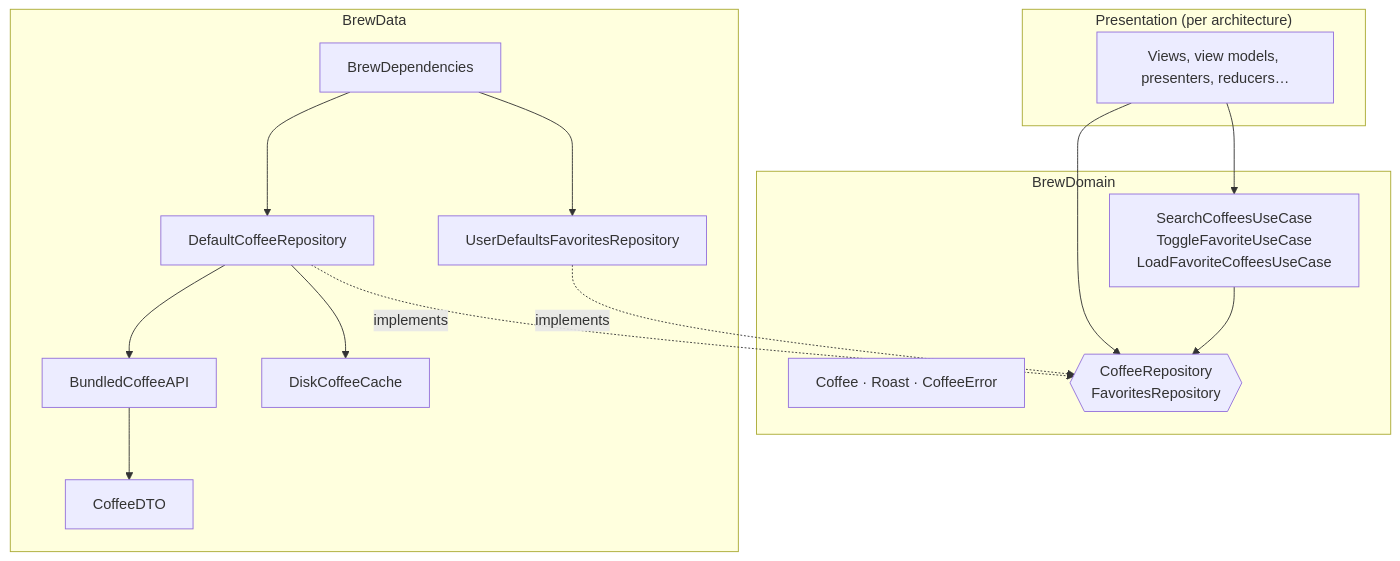
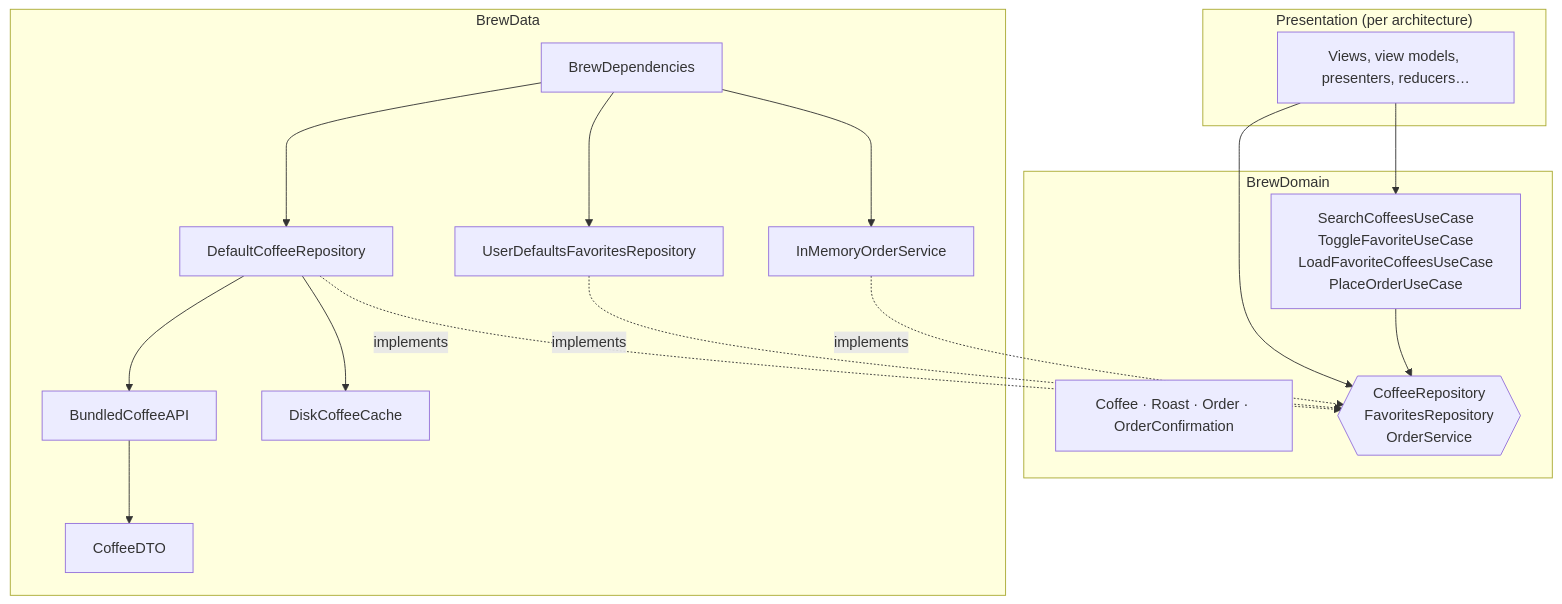
Before and after one commit to Ozgundogus/modern-ios-patterns: the diagram in Core/README.md, drawn with Mermaid. The commit also changed other lines of this file and 4 other files, not shown here.

````diff
--- a/Core/README.md
+++ b/Core/README.md
@@ -22,29 +24,32 @@
 ```mermaid
 flowchart TB
     subgraph Presentation["Presentation (per architecture)"]
         UI[Views, view models, presenters, reducers…]
     end
     subgraph Domain["BrewDomain"]
-        E[Coffee · Roast · CoffeeError]
-        UC[SearchCoffeesUseCase<br/>ToggleFavoriteUseCase<br/>LoadFavoriteCoffeesUseCase]
-        P{{CoffeeRepository<br/>FavoritesRepository}}
+        E[Coffee · Roast · Order · OrderConfirmation]
+        UC[SearchCoffeesUseCase<br/>ToggleFavoriteUseCase<br/>LoadFavoriteCoffeesUseCase<br/>PlaceOrderUseCase]
+        P{{CoffeeRepository<br/>FavoritesRepository<br/>OrderService}}
     end
     subgraph Data["BrewData"]
         R[DefaultCoffeeRepository]
         API[BundledCoffeeAPI]
         C[DiskCoffeeCache]
         F[UserDefaultsFavoritesRepository]
+        O[InMemoryOrderService]
         DTO[CoffeeDTO]
         Deps[BrewDependencies]
     end
     UI --> UC
     UI --> P
     UC --> P
     R -.->|implements| P
     F -.->|implements| P
+    O -.->|implements| P
     R --> API
     R --> C
     API --> DTO
     Deps --> R
     Deps --> F
+    Deps --> O
 ```
````
